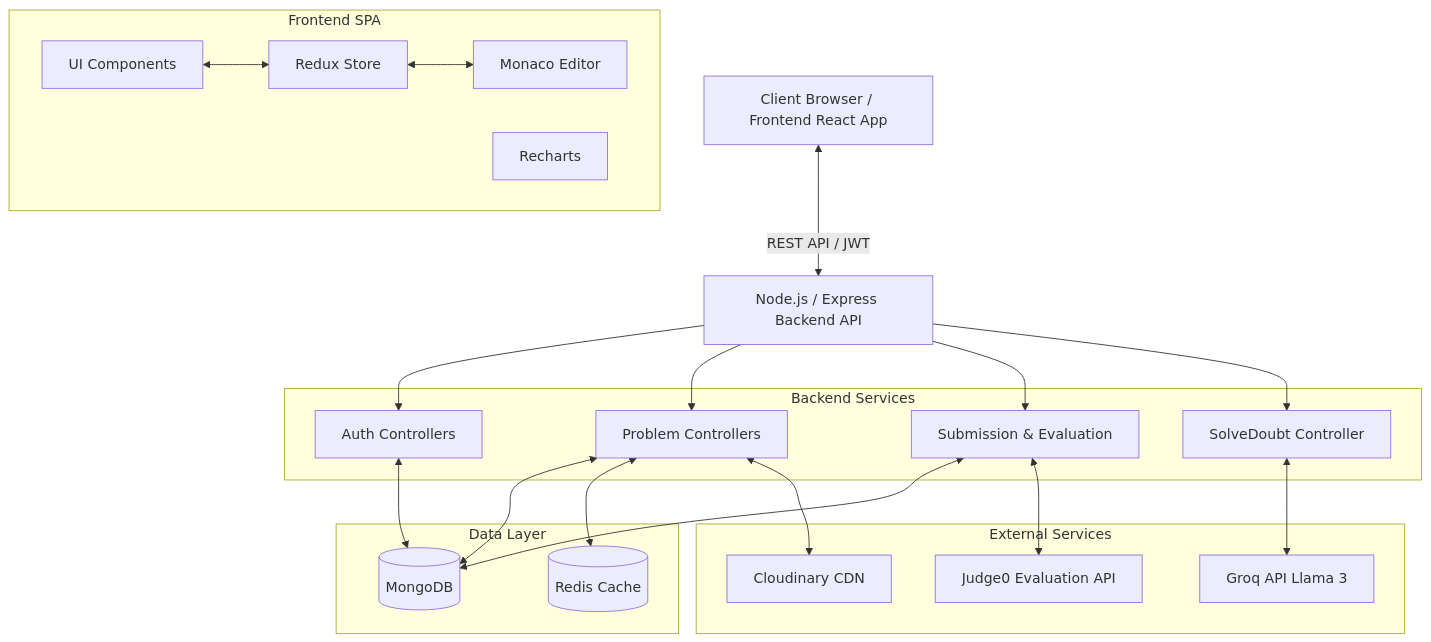
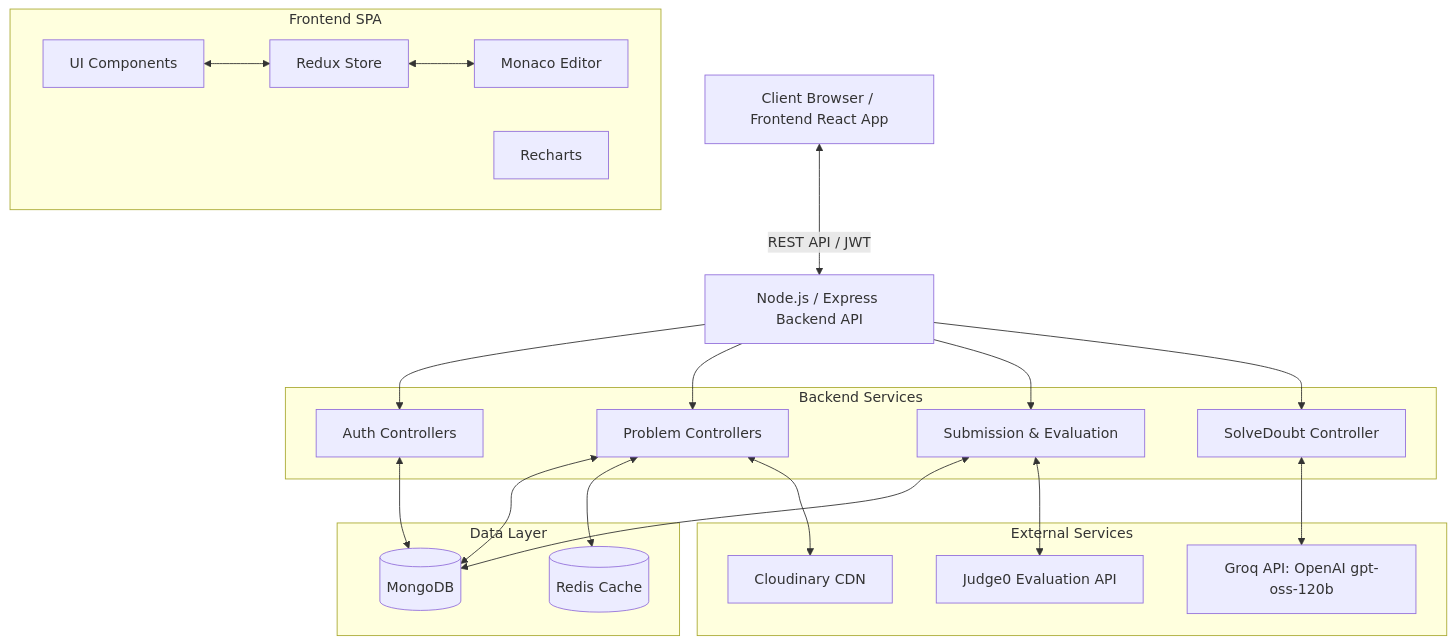
Before and after one commit to user-aditi/code-here: the fifth of 6 diagrams in README.md, drawn with Mermaid. The commit also changed other lines of this file and 18 other files, not shown here.

````diff
--- a/README.md
+++ b/README.md
@@ -117,48 +117,48 @@
 ```mermaid
 graph TD
     Client[Client Browser / Frontend React App]
     NodeServer[Node.js / Express Backend API]
     
     subgraph Frontend [Frontend SPA]
         UI[UI Components]
         State[Redux Store]
         Editor[Monaco Editor]
         Chart[Recharts]
     end
 
     subgraph Backend [Backend Services]
         Auth[Auth Controllers]
         Problems[Problem Controllers]
         Submission[Submission & Evaluation]
         AI[SolveDoubt Controller]
     end
 
     subgraph Databases [Data Layer]
         PrimaryDB[(MongoDB)]
         Cache[(Redis Cache)]
     end
 
     subgraph External [External Services]
-        GroqAPI[Groq API Llama 3]
+        GroqAPI[Groq API: OpenAI gpt-oss-120b]
         Judge0[Judge0 Evaluation API]
         Cloud[Cloudinary CDN]
     end
 
     Client <--> |REST API / JWT| NodeServer
     UI <--> State
     State <--> Editor
     
     NodeServer --> Auth
     NodeServer --> Problems
     NodeServer --> Submission
     NodeServer --> AI
 
     Problems <--> PrimaryDB
     Auth <--> PrimaryDB
     Submission <--> PrimaryDB
     Problems <--> Cache
     
     AI <--> GroqAPI
     Problems <--> Cloud
     Submission <--> Judge0
 ```
````
